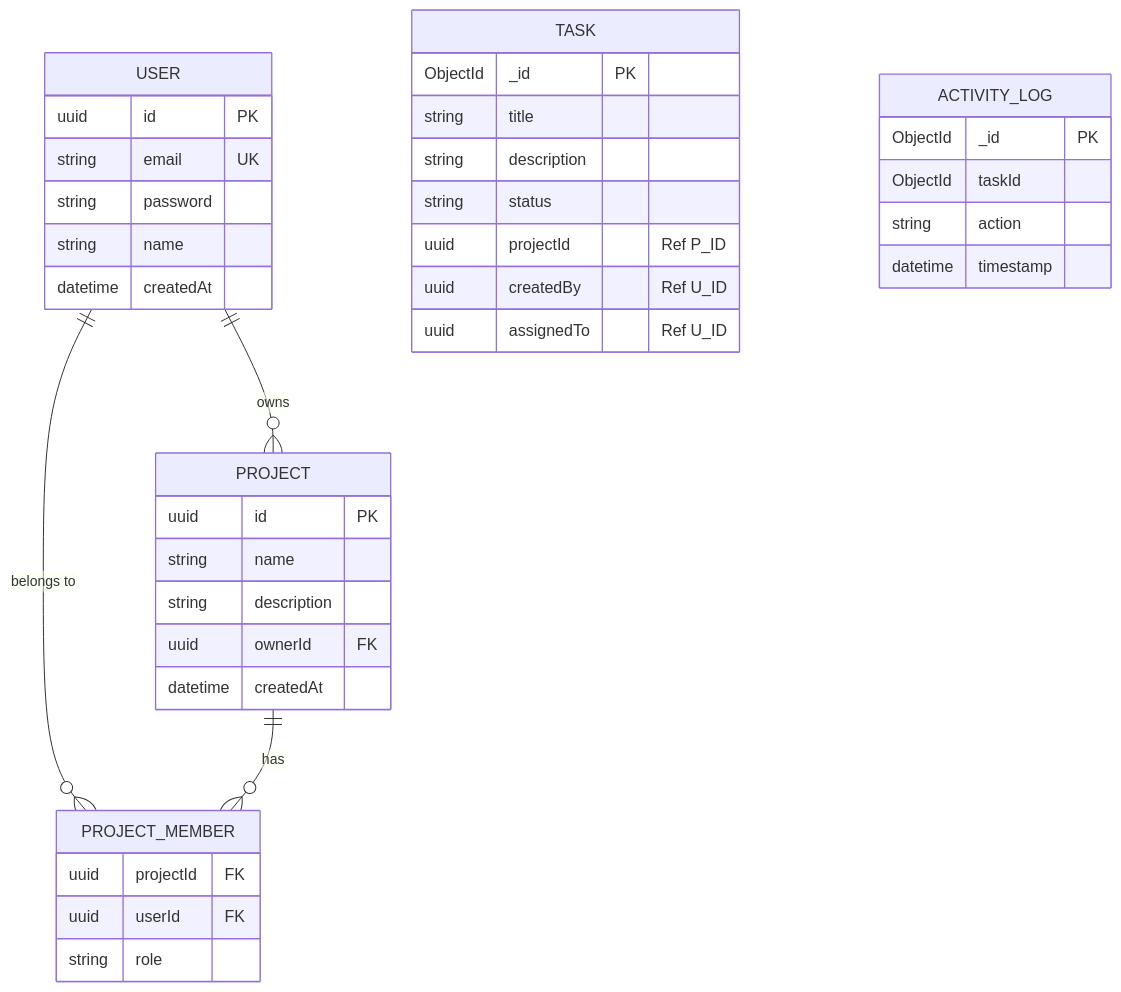
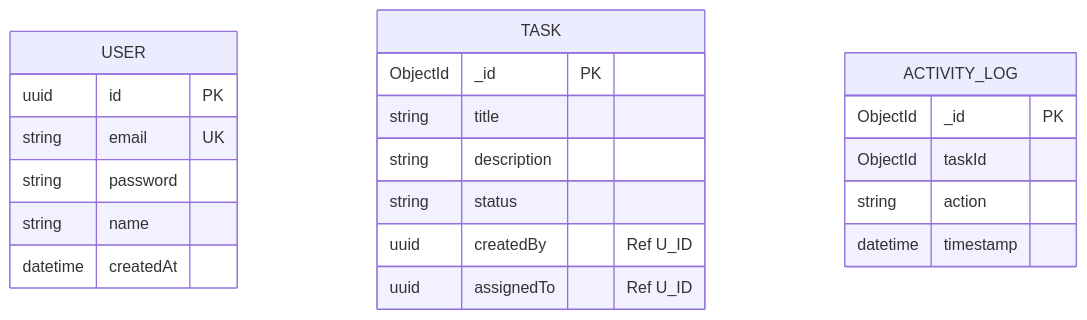
The fourth of 4 diagrams in README.md (mika1511/Task-Manager), drawn with Mermaid before and after one commit. The commit also changed other lines of this file, not shown here.

Commit message:
docs: Remove planned project-service and redact env variables in README

````diff
--- a/README.md
+++ b/README.md
@@ -226,47 +211,28 @@
 ```mermaid
 erDiagram
     %% PostgreSQL
     USER {
         uuid id PK
         string email UK
         string password
         string name
         datetime createdAt
     }
-    
-    PROJECT {
-        uuid id PK
-        string name
-        string description
-        uuid ownerId FK
-        datetime createdAt
-    }
-    
-    PROJECT_MEMBER {
-        uuid projectId FK
-        uuid userId FK
-        string role
-    }
-
-    USER ||--o{ PROJECT : "owns"
-    USER ||--o{ PROJECT_MEMBER : "belongs to"
-    PROJECT ||--o{ PROJECT_MEMBER : "has"
 
     %% MongoDB structure mapping conceptually
     TASK {
         ObjectId _id PK
         string title
         string description
         string status
-        uuid projectId "Ref P_ID"
         uuid createdBy "Ref U_ID"
         uuid assignedTo "Ref U_ID"
     }
 
     ACTIVITY_LOG {
         ObjectId _id PK
         ObjectId taskId
         string action
         datetime timestamp
     }
 ```
````
